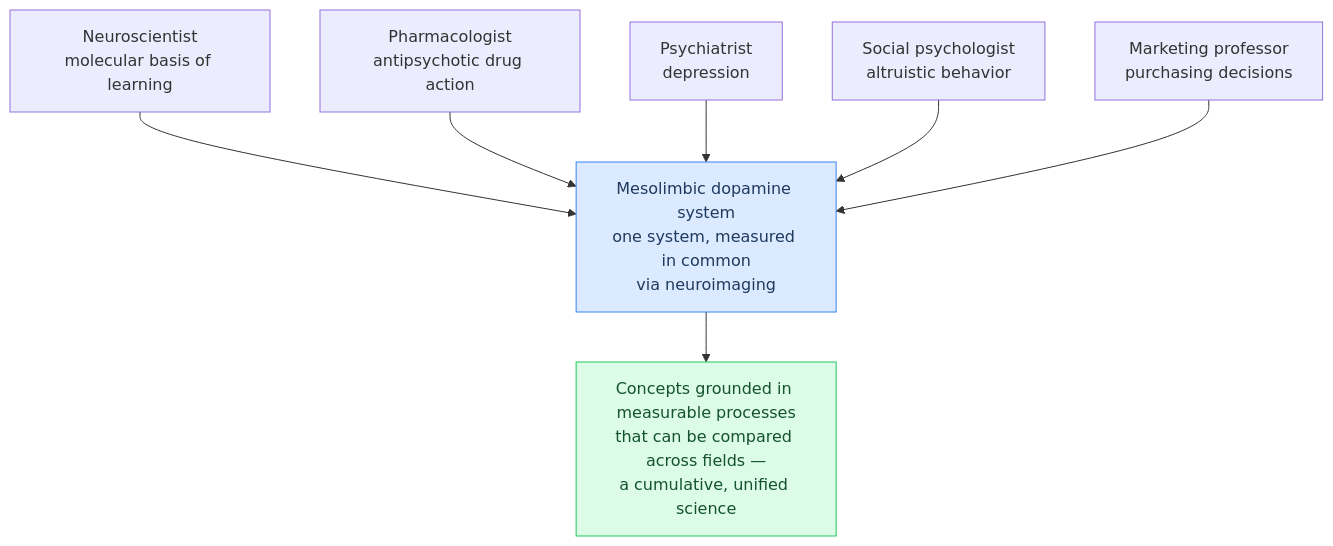
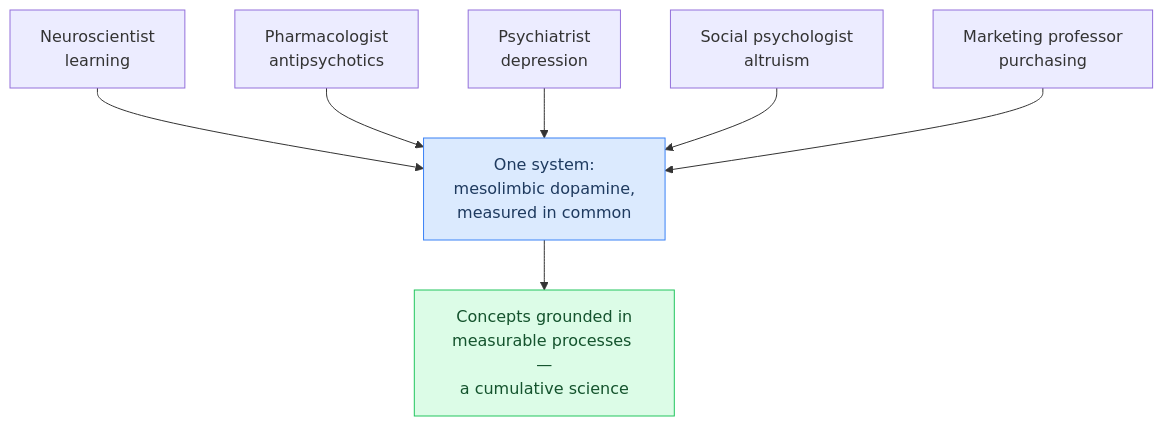
One commit to torwager/elements-of-fmri-tutorials changed the first of 3 diagrams in part1/ch05-working-together-and-multidisciplinary-science.md. Above: the diagram before and after it, drawn with Mermaid. The commit also changed other lines of this file and 64 other files, not shown here.

First line of the commit message:
Polish batch A (ch 1-21): equation where-lines + hover tooltips, verbose comments, example outputs, resource links, figure rights + fixes, mermaid cleanup

````diff
--- a/part1/ch05-working-together-and-multidisciplinary-science.md
+++ b/part1/ch05-working-together-and-multidisciplinary-science.md
@@ -39,12 +39,12 @@
 ```{mermaid}
 flowchart TD
-    N["Neuroscientist<br/>molecular basis of learning"] --> B
-    P["Pharmacologist<br/>antipsychotic drug action"] --> B
+    N["Neuroscientist<br/>learning"] --> B
+    P["Pharmacologist<br/>antipsychotics"] --> B
     Y["Psychiatrist<br/>depression"] --> B
-    S["Social psychologist<br/>altruistic behavior"] --> B
-    M["Marketing professor<br/>purchasing decisions"] --> B
-    B["Mesolimbic dopamine system<br/>one system, measured in common<br/>via neuroimaging"]
-    B --> U["Concepts grounded in measurable processes<br/>that can be compared across fields —<br/>a cumulative, unified science"]
+    S["Social psychologist<br/>altruism"] --> B
+    M["Marketing professor<br/>purchasing"] --> B
+    B["One system:<br/>mesolimbic dopamine,<br/>measured in common"]
+    B --> U["Concepts grounded in<br/>measurable processes —<br/>a cumulative science"]
     style B fill:#dbeafe,stroke:#3b82f6,color:#1e3a5f
     style U fill:#dcfce7,stroke:#22c55e,color:#14532d
 ```
````
